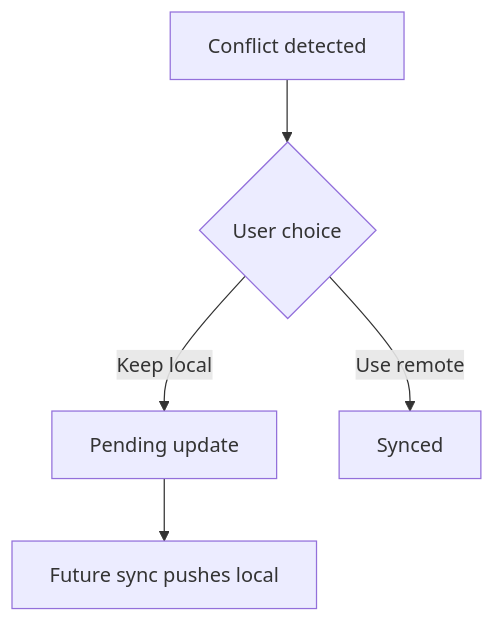
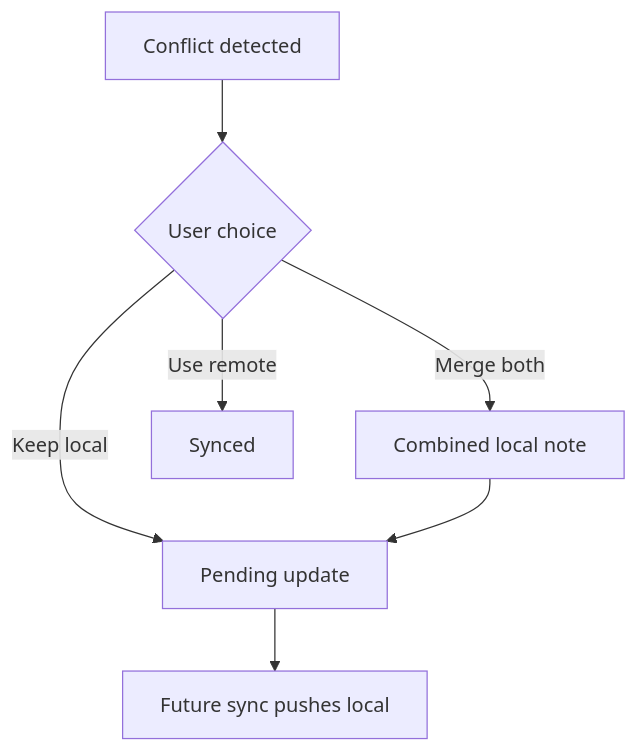
One commit to venkata-ram/FieldNotes-OfflineFirstSystemDesign changed the diagram in docs/learning/m11-conflict-resolution-ui.md. Above: the diagram before and after it, drawn with Mermaid. The commit also changed other lines of this file and 17 other files, not shown here.

````diff
--- a/docs/learning/m11-conflict-resolution-ui.md
+++ b/docs/learning/m11-conflict-resolution-ui.md
@@ -77,7 +97,9 @@
 ```mermaid
 flowchart TD
     Conflict["Conflict detected"] --> Choice{"User choice"}
     Choice -->|Keep local| Pending["Pending update"]
+    Choice -->|Merge both| Merged["Combined local note"]
     Choice -->|Use remote| Synced["Synced"]
+    Merged --> Pending
     Pending --> Sync["Future sync pushes local"]
 ```
````
